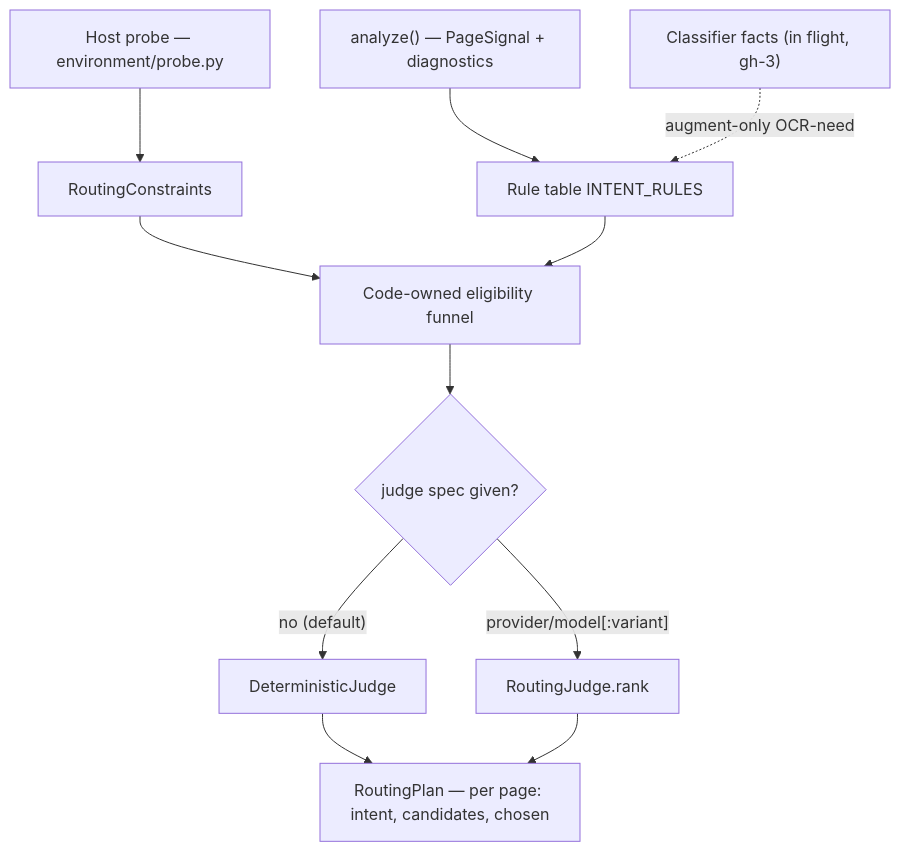
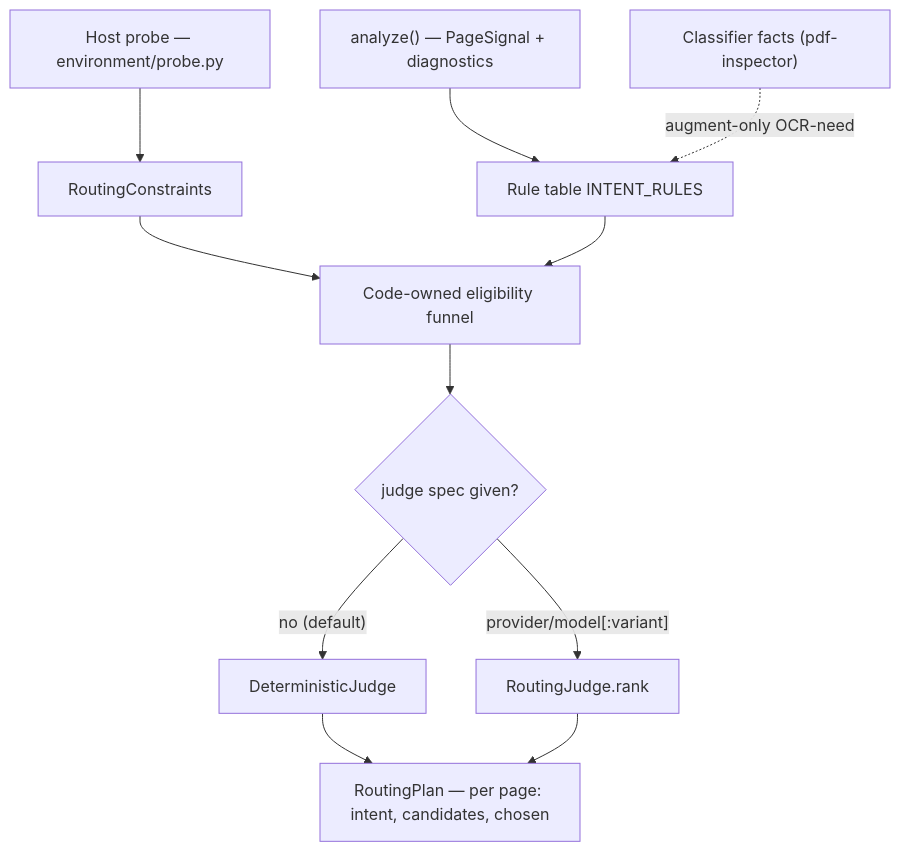
The diagram in docs/architecture/auto-routing.md (jr2804/parsecraft), drawn with Mermaid before and after one commit. The commit also changed other lines of this file and 7 other files, not shown here.

````diff
--- a/docs/architecture/auto-routing.md
+++ b/docs/architecture/auto-routing.md
@@ -19,13 +18,13 @@
 ```mermaid
 flowchart TD
     H["Host probe — environment/probe.py"] --> C["RoutingConstraints"]
     A["analyze() — PageSignal + diagnostics"] --> T["Rule table INTENT_RULES"]
-    X["Classifier facts (in flight, gh-3)"] -. augment-only OCR-need .-> T
+    X["Classifier facts (pdf-inspector)"] -. augment-only OCR-need .-> T
     C --> F["Code-owned eligibility funnel"]
     T --> F
     F --> J{"judge spec given?"}
     J -->|"no (default)"| D["DeterministicJudge"]
     J -->|"provider/model[:variant]"| K["RoutingJudge.rank"]
     D --> P["RoutingPlan — per page: intent, candidates, chosen"]
     K --> P
 ```
````
